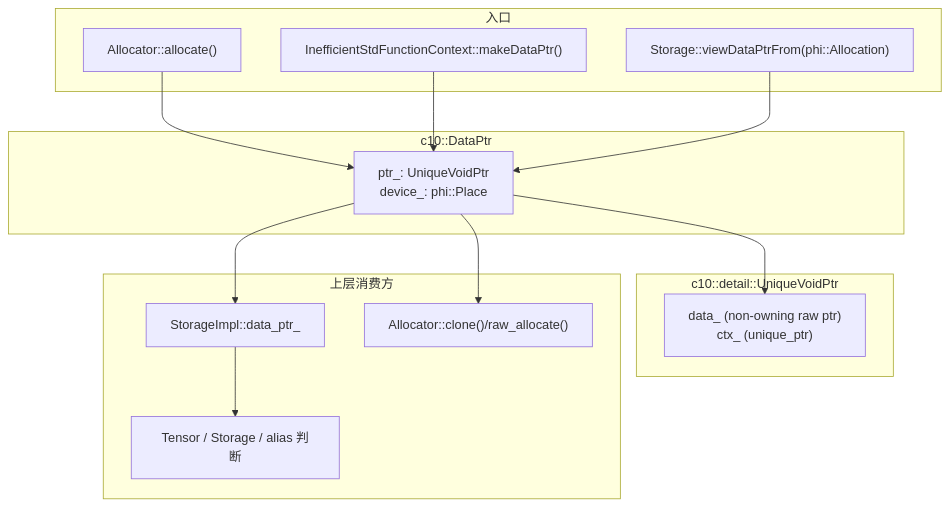
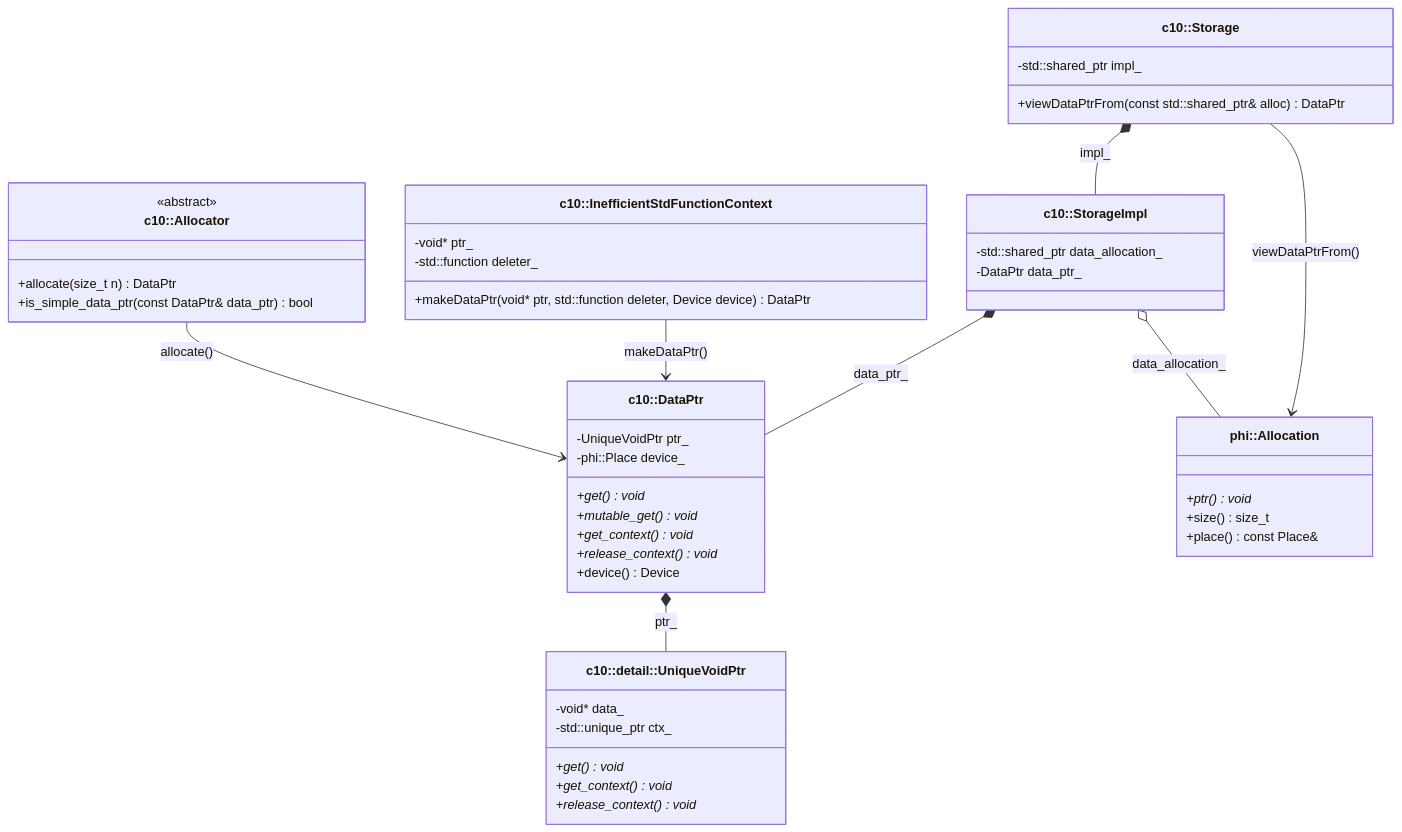
The first of 2 diagrams in doc/c10/core/data_ptr_compat_arch.md (PFCCLab/PaddleCppAPITest), drawn with Mermaid before and after one commit. The commit also changed 2 other files, not shown here.

Commit message:
update doc with classDiagram

````diff
--- a/doc/c10/core/data_ptr_compat_arch.md
+++ b/doc/c10/core/data_ptr_compat_arch.md
@@ -22,30 +22,56 @@
 ```mermaid
-flowchart TD
-    subgraph ENTRY["入口"]
-        E1["Allocator::allocate()"]
-        E2["InefficientStdFunctionContext::makeDataPtr()"]
-        E3["Storage::viewDataPtrFrom(phi::Allocation)"]
-    end
+classDiagram
+    class DataPtr["c10::DataPtr"] {
+      -UniqueVoidPtr ptr_
+      -phi::Place device_
+      +get() void*
+      +mutable_get() void*
+      +get_context() void*
+      +release_context() void*
+      +device() Device
+    }
 
-    subgraph DP["c10::DataPtr"]
-        D["ptr_: UniqueVoidPtr\ndevice_: phi::Place"]
-    end
+    class UniqueVoidPtr["c10::detail::UniqueVoidPtr"] {
+      -void* data_
+      -std::unique_ptr<void, DeleterFnPtr> ctx_
+      +get() void*
+      +get_context() void*
+      +release_context() void*
+    }
 
-    subgraph UVP["c10::detail::UniqueVoidPtr"]
-        U["data_ (non-owning raw ptr)\nctx_ (unique_ptr<void, DeleterFnPtr>)"]
-    end
+    class Allocator["c10::Allocator"] {
+      <<abstract>>
+      +allocate(size_t n) DataPtr
+      +is_simple_data_ptr(const DataPtr& data_ptr) bool
+    }
 
-    subgraph UPPER["上层消费方"]
-        S["StorageImpl::data_ptr_"]
-        A["Allocator::clone()/raw_allocate()"]
-        T["Tensor / Storage / alias 判断"]
-    end
+    class InefficientStdFunctionContext["c10::InefficientStdFunctionContext"] {
+      -void* ptr_
+      -std::function deleter_
+      +makeDataPtr(void* ptr, std::function deleter, Device device) DataPtr
+    }
 
-    E1 --> D
-    E2 --> D
-    E3 --> D
-    D --> U
-    D --> S
-    D --> A
-    S --> T
+    class Storage["c10::Storage"] {
+      -std::shared_ptr<StorageImpl> impl_
+      +viewDataPtrFrom(const std::shared_ptr<phi::Allocation>& alloc) DataPtr
+    }
+
+    class StorageImpl["c10::StorageImpl"] {
+      -std::shared_ptr<phi::Allocation> data_allocation_
+      -DataPtr data_ptr_
+    }
+
+    class Allocation["phi::Allocation"] {
+      +ptr() void*
+      +size() size_t
+      +place() const Place&
+    }
+
+    Allocator --> DataPtr : allocate()
+    DataPtr *-- UniqueVoidPtr : ptr_
+    InefficientStdFunctionContext --> DataPtr : makeDataPtr()
+    Storage *-- StorageImpl : impl_
+    StorageImpl *-- DataPtr : data_ptr_
+    Storage --> Allocation : viewDataPtrFrom()
+    StorageImpl o-- Allocation : data_allocation_
 ```
````
